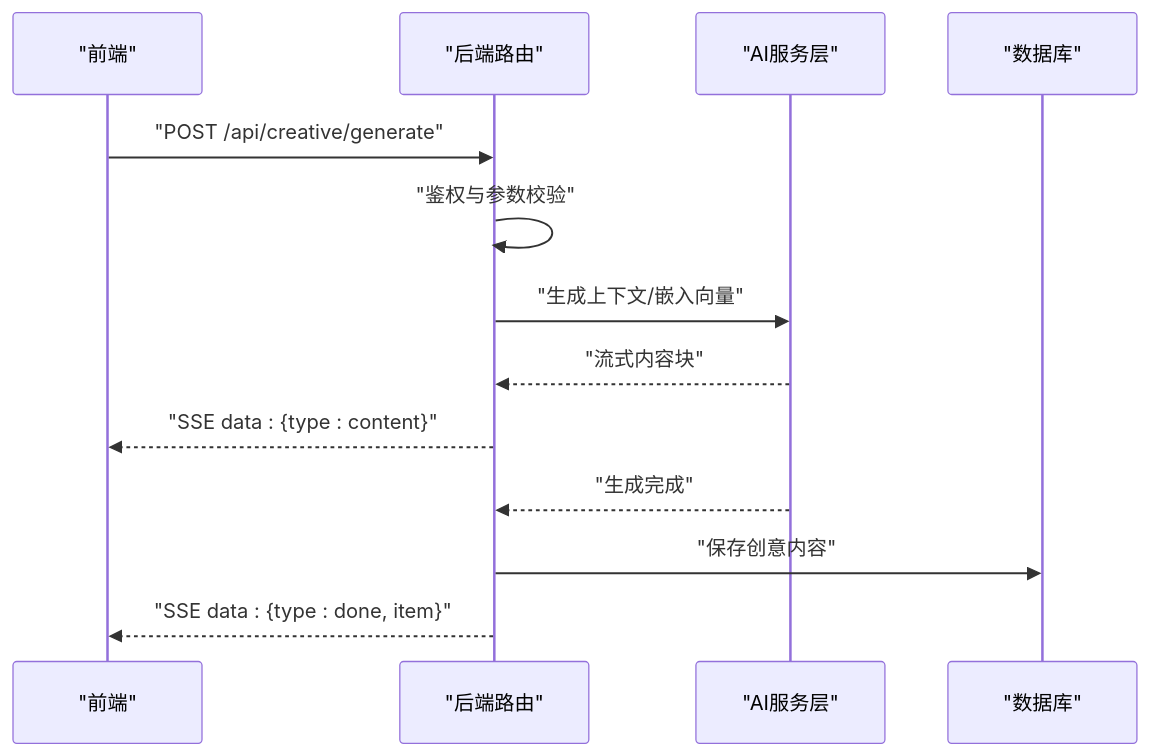
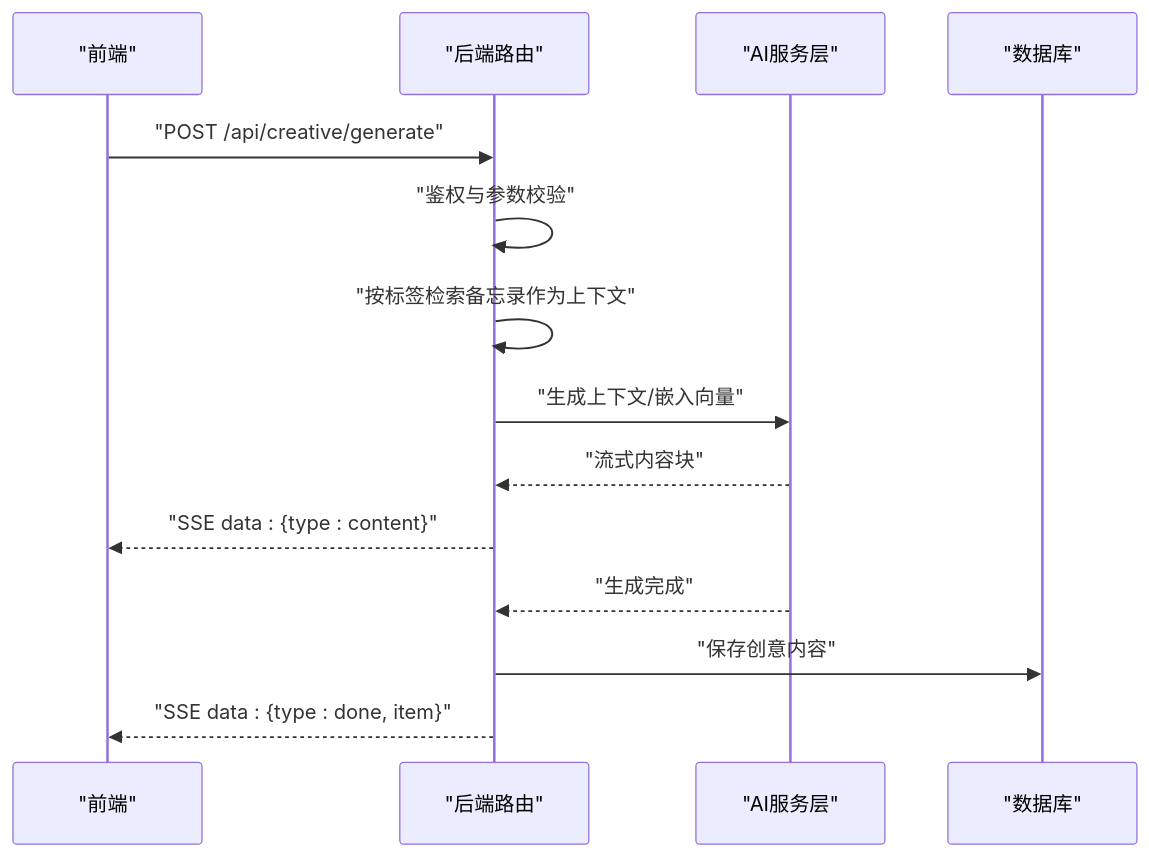
Before and after one commit to BlackBoxRecorder/memos: the second of 5 diagrams in .qoder/repowiki/zh/content/API参考文档/创意写作API.md, drawn with Mermaid. The commit also changed other lines of this file and 7 other files, not shown here.

````diff
--- a/.qoder/repowiki/zh/content/API参考文档/创意写作API.md
+++ b/.qoder/repowiki/zh/content/API参考文档/创意写作API.md
@@ -118,15 +109,16 @@
 ```mermaid
 sequenceDiagram
 participant FE as "前端"
 participant API as "后端路由"
 participant AI as "AI服务层"
 participant DB as "数据库"
 FE->>API : "POST /api/creative/generate"
 API->>API : "鉴权与参数校验"
+API->>API : "按标签检索备忘录作为上下文"
 API->>AI : "生成上下文/嵌入向量"
 AI-->>API : "流式内容块"
 API-->>FE : "SSE data : {type : content}"
 AI-->>API : "生成完成"
 API->>DB : "保存创意内容"
 API-->>FE : "SSE data : {type : done, item}"
 ```
````
